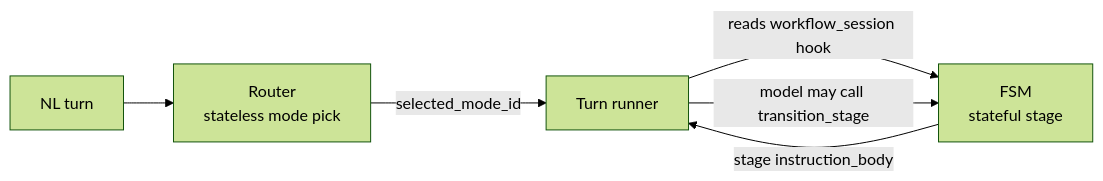
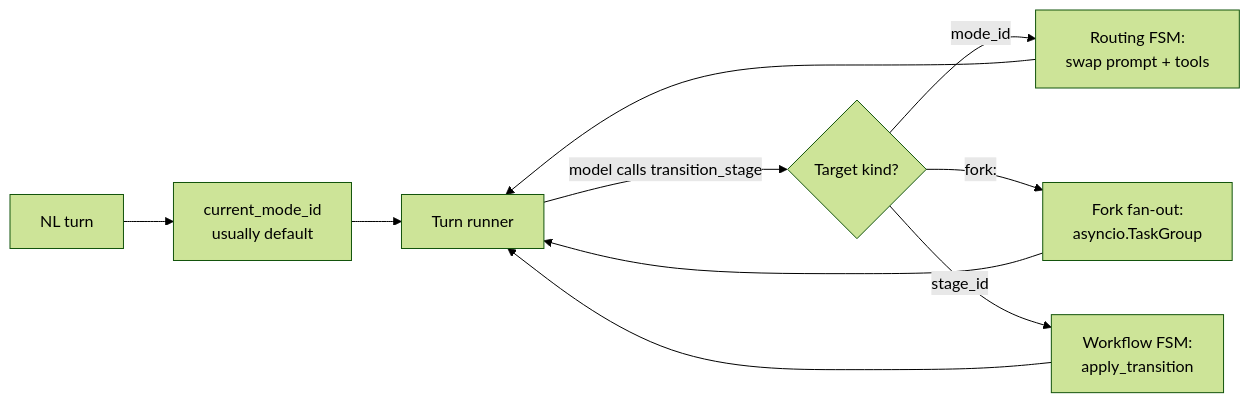
Before and after one commit to Lisa-Harness/lisa: the second of 3 diagrams in docs/ROUTER_DESIGN.md, drawn with Mermaid (forest theme). The commit also changed other lines of this file, not shown here.

First line of the commit message:
docs: rewrite ROUTER_DESIGN.md for unified FSM routing

````diff
--- a/docs/ROUTER_DESIGN.md
+++ b/docs/ROUTER_DESIGN.md
@@ -358,8 +396,12 @@
 ```mermaid
 flowchart LR
-    NL[NL turn] --> R[Router<br/>stateless mode pick]
-    R -->|selected_mode_id| TR[Turn runner]
-    TR -->|reads workflow_session hook| FS[FSM<br/>stateful stage]
-    FS -->|stage instruction_body| TR
-    TR -->|model may call transition_stage| FS
+    NL[NL turn] --> CM[current_mode_id<br/>usually default]
+    CM --> TR[Turn runner]
+    TR -->|model calls transition_stage| RH{Target kind?}
+    RH -->|mode_id| HO[Routing FSM:<br/>swap prompt + tools]
+    RH -->|fork:| FO[Fork fan-out:<br/>asyncio.TaskGroup]
+    RH -->|stage_id| WF[Workflow FSM:<br/>apply_transition]
+    HO --> TR
+    FO --> TR
+    WF --> TR
 ```
````
